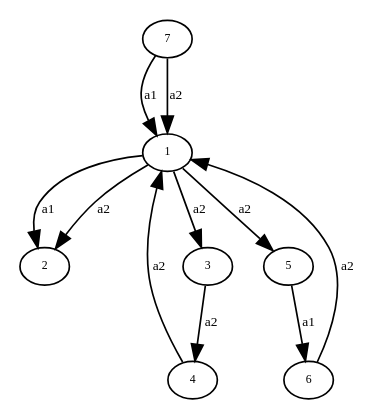
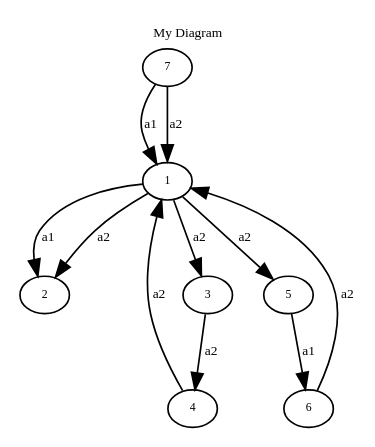
Before and after one commit to AndrewDuncan/Doublecoset: the diagram in python/genfold/cefl.gv, drawn with Graphviz. The commit also changed 10 other files, not shown here.

```diff
--- a/python/genfold/cefl.gv
+++ b/python/genfold/cefl.gv
@@ -1,19 +1,20 @@
 digraph RH {
 "Hv1" [label="1",fontsize=7,width=.01,height=.01];
 "Hv1" -> "Hv2" [label="a1",fontsize=8];
 "Hv1" -> "Hv2" [label="a2",fontsize=8];
 "Hv1" -> "Hv3" [label="a2",fontsize=8];
 "Hv1" -> "Hv5" [label="a2",fontsize=8];
 "Hv2" [label="2",fontsize=7,width=.01,height=.01];
 "Hv3" [label="3",fontsize=7,width=.01,height=.01];
 "Hv3" -> "Hv4" [label="a2",fontsize=8];
 "Hv4" [label="4",fontsize=7,width=.01,height=.01];
 "Hv4" -> "Hv1" [label="a2",fontsize=8];
 "Hv5" [label="5",fontsize=7,width=.01,height=.01];
 "Hv5" -> "Hv6" [label="a1",fontsize=8];
 "Hv6" [label="6",fontsize=7,width=.01,height=.01];
 "Hv6" -> "Hv1" [label="a2",fontsize=8];
 "Hv7" [label="7",fontsize=7,width=.01,height=.01];
 "Hv7" -> "Hv1" [label="a1",fontsize=8];
 "Hv7" -> "Hv1" [label="a2",fontsize=8];
+labelloc="t";fontsize=8;label="My Diagram";
 }
```
